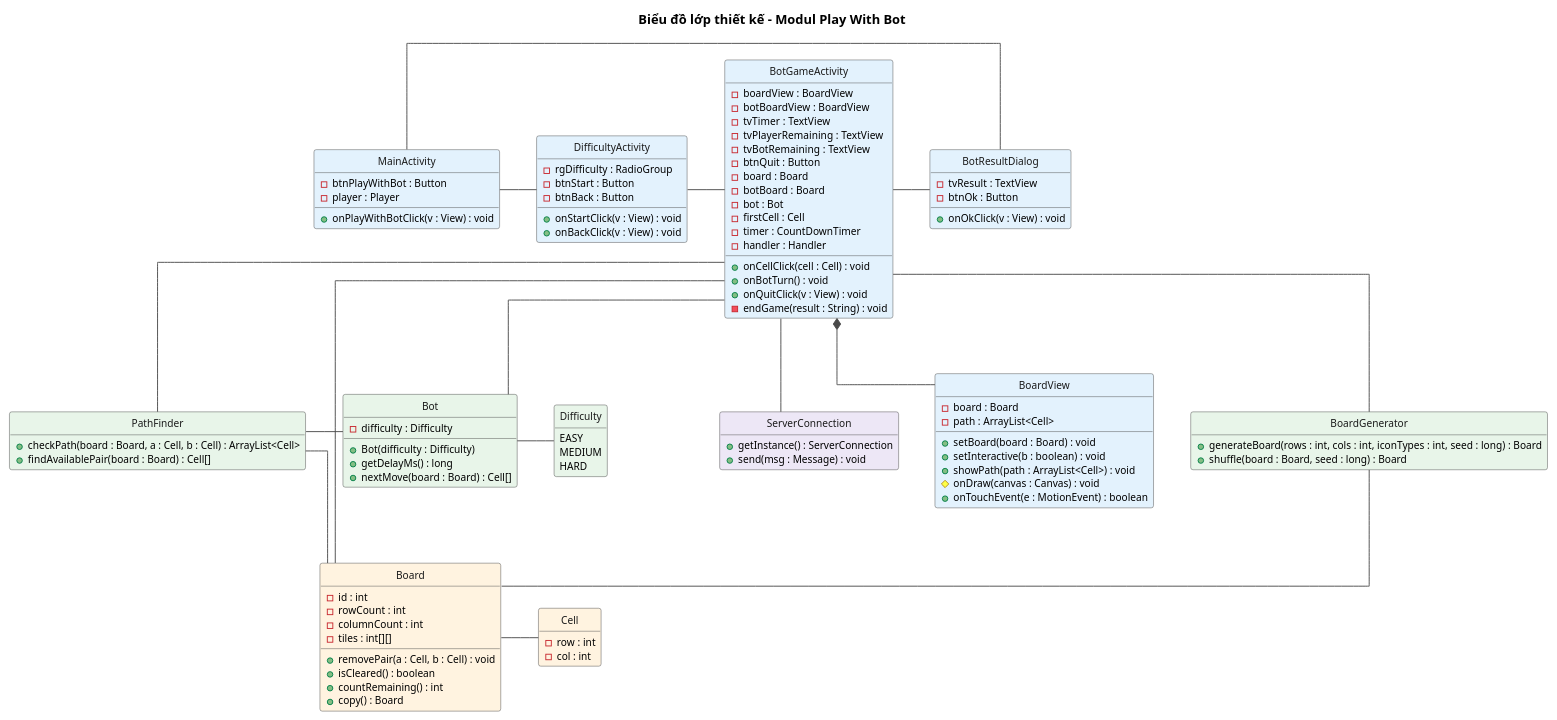
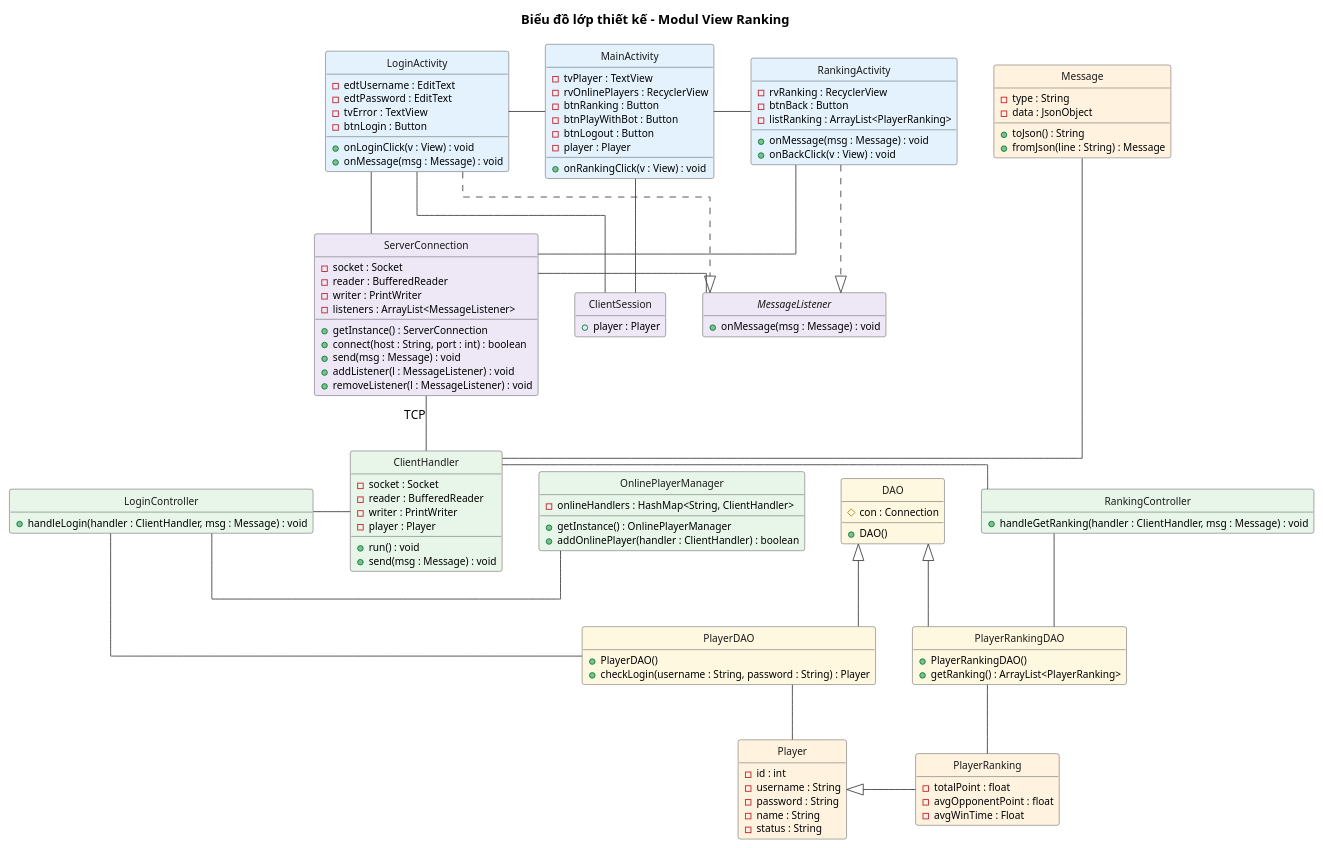
Before and after one commit to VattenL/mobile-pikachu: the diagram in docs/uml/pha3/class-design-m2.puml, drawn with PlantUML. The commit also changed 75 other files, not shown here.

```diff
--- a/docs/uml/pha3/class-design-m2.puml
+++ b/docs/uml/pha3/class-design-m2.puml
@@ -1,131 +1,160 @@
 @startuml class-design-m2
-title Biểu đồ lớp thiết kế - Modul Play With Bot
+title Biểu đồ lớp thiết kế - Modul View Ranking
 
 hide circle
 hide empty members
 skinparam shadowing false
 skinparam linetype ortho
 skinparam nodesep 40
 skinparam ranksep 60
 skinparam classFontSize 13
 skinparam classAttributeFontSize 11
 skinparam class {
   BorderColor #4A4A4A
   ArrowColor #4A4A4A
   FontColor #1A1A1A
 }
 
 ' ===== Client Android: tang giao dien =====
-class MainActivity #E3F2FD {
-  - btnPlayWithBot : Button
-  - player : Player
-  + onPlayWithBotClick(v : View) : void
+class LoginActivity #E3F2FD {
+  - edtUsername : EditText
+  - edtPassword : EditText
+  - tvError : TextView
+  - btnLogin : Button
+  + onLoginClick(v : View) : void
+  + onMessage(msg : Message) : void
 }
 
-class DifficultyActivity #E3F2FD {
-  - rgDifficulty : RadioGroup
-  - btnStart : Button
+class MainActivity #E3F2FD {
+  - tvPlayer : TextView
+  - rvOnlinePlayers : RecyclerView
+  - btnRanking : Button
+  - btnPlayWithBot : Button
+  - btnLogout : Button
+  - player : Player
+  + onRankingClick(v : View) : void
+}
+
+class RankingActivity #E3F2FD {
+  - rvRanking : RecyclerView
   - btnBack : Button
-  + onStartClick(v : View) : void
+  - listRanking : ArrayList<PlayerRanking>
+  + onMessage(msg : Message) : void
   + onBackClick(v : View) : void
 }
 
-class BotGameActivity #E3F2FD {
-  - boardView : BoardView
-  - botBoardView : BoardView
-  - tvTimer : TextView
-  - tvPlayerRemaining : TextView
-  - tvBotRemaining : TextView
-  - btnQuit : Button
-  - board : Board
-  - botBoard : Board
-  - bot : Bot
-  - firstCell : Cell
-  - timer : CountDownTimer
-  - handler : Handler
-  + onCellClick(cell : Cell) : void
-  + onBotTurn() : void
-  + onQuitClick(v : View) : void
-  - endGame(result : String) : void
+' ===== Client Android: tang mang =====
+class ServerConnection #EDE7F6 {
+  - socket : Socket
+  - reader : BufferedReader
+  - writer : PrintWriter
+  - listeners : ArrayList<MessageListener>
+  + getInstance() : ServerConnection
+  + connect(host : String, port : int) : boolean
+  + send(msg : Message) : void
+  + addListener(l : MessageListener) : void
+  + removeListener(l : MessageListener) : void
 }
 
-class BotResultDialog #E3F2FD {
-  - tvResult : TextView
-  - btnOk : Button
-  + onOkClick(v : View) : void
+interface MessageListener #EDE7F6 {
+  + onMessage(msg : Message) : void
 }
 
-class ServerConnection #EDE7F6 {
-  + getInstance() : ServerConnection
+class ClientSession #EDE7F6 {
+  + player : Player
+}
+
+' ===== Server: tang dieu khien =====
+class ClientHandler #E8F5E9 {
+  - socket : Socket
+  - reader : BufferedReader
+  - writer : PrintWriter
+  - player : Player
+  + run() : void
   + send(msg : Message) : void
 }
 
-class BoardView #E3F2FD {
-  - board : Board
-  - path : ArrayList<Cell>
-  + setBoard(board : Board) : void
-  + setInteractive(b : boolean) : void
-  + showPath(path : ArrayList<Cell>) : void
-  # onDraw(canvas : Canvas) : void
-  + onTouchEvent(e : MotionEvent) : boolean
+class LoginController #E8F5E9 {
+  + handleLogin(handler : ClientHandler, msg : Message) : void
 }
 
-' ===== core: xu ly ban choi =====
-class BoardGenerator #E8F5E9 {
-  + generateBoard(rows : int, cols : int, iconTypes : int, seed : long) : Board
-  + shuffle(board : Board, seed : long) : Board
+class RankingController #E8F5E9 {
+  + handleGetRanking(handler : ClientHandler, msg : Message) : void
 }
 
-class PathFinder #E8F5E9 {
-  + checkPath(board : Board, a : Cell, b : Cell) : ArrayList<Cell>
-  + findAvailablePair(board : Board) : Cell[]
+class OnlinePlayerManager #E8F5E9 {
+  - onlineHandlers : HashMap<String, ClientHandler>
+  + getInstance() : OnlinePlayerManager
+  + addOnlinePlayer(handler : ClientHandler) : boolean
 }
 
-class Bot #E8F5E9 {
-  - difficulty : Difficulty
-  + Bot(difficulty : Difficulty)
-  + getDelayMs() : long
-  + nextMove(board : Board) : Cell[]
+' ===== Server: tang DAO =====
+class DAO #FFF8E1 {
+  # con : Connection
+  + DAO()
 }
 
-enum Difficulty #E8F5E9 {
-  EASY
-  MEDIUM
-  HARD
+class PlayerDAO #FFF8E1 {
+  + PlayerDAO()
+  + checkLogin(username : String, password : String) : Player
 }
 
-' ===== core: lop thuc the =====
-class Board #FFF3E0 {
-  - id : int
-  - rowCount : int
-  - columnCount : int
-  - tiles : int[][]
-  + removePair(a : Cell, b : Cell) : void
-  + isCleared() : boolean
-  + countRemaining() : int
-  + copy() : Board
+class PlayerRankingDAO #FFF8E1 {
+  + PlayerRankingDAO()
+  + getRanking() : ArrayList<PlayerRanking>
 }
 
-class Cell #FFF3E0 {
-  - row : int
-  - col : int
+' ===== core: lop thuc the va message =====
+class Message #FFF3E0 {
+  - type : String
+  - data : JsonObject
+  + toJson() : String
+  + fromJson(line : String) : Message
 }
 
-MainActivity -right- DifficultyActivity
-DifficultyActivity -right- BotGameActivity
-BotGameActivity -right- BotResultDialog
-BotResultDialog -[norank]- MainActivity
-BotGameActivity *-down- BoardView
-BotGameActivity -down- ServerConnection
+class Player #FFF3E0 {
+  - id : int
+  - username : String
+  - password : String
+  - name : String
+  - status : String
+}
 
-BotGameActivity -down- BoardGenerator
-BotGameActivity -down- PathFinder
-BotGameActivity -down- Bot
-Bot -right- Difficulty
-Bot -left- PathFinder
+class PlayerRanking #FFF3E0 {
+  - totalPoint : float
+  - avgOpponentPoint : float
+  - avgWinTime : Float
+}
 
-BoardGenerator -down- Board
-PathFinder -down- Board
-BotGameActivity -[norank]- Board
-Board -right- Cell
+' giao dien
+LoginActivity -right- MainActivity
+MainActivity -right- RankingActivity
+LoginActivity ..|> MessageListener
+RankingActivity ..|> MessageListener
+
+' giao dien - mang
+LoginActivity -down- ServerConnection
+RankingActivity -down- ServerConnection
+LoginActivity -down- ClientSession
+MainActivity -down- ClientSession
+ServerConnection -right- MessageListener
+ServerConnection -[hidden]right- ClientSession
+
+' mang client - server (TCP)
+ServerConnection -down- ClientHandler : TCP
+ClientHandler -right- LoginController
+ClientHandler -right- RankingController
+LoginController -right- OnlinePlayerManager
+
+' dieu khien - DAO
+LoginController -down- PlayerDAO
+RankingController -down- PlayerRankingDAO
+DAO <|-down- PlayerDAO
+DAO <|-down- PlayerRankingDAO
+
+' DAO - thuc the
+PlayerDAO -down- Player
+PlayerRankingDAO -down- PlayerRanking
+PlayerRanking -left-|> Player
+ClientHandler -[norank]- Message
 @enduml
```
